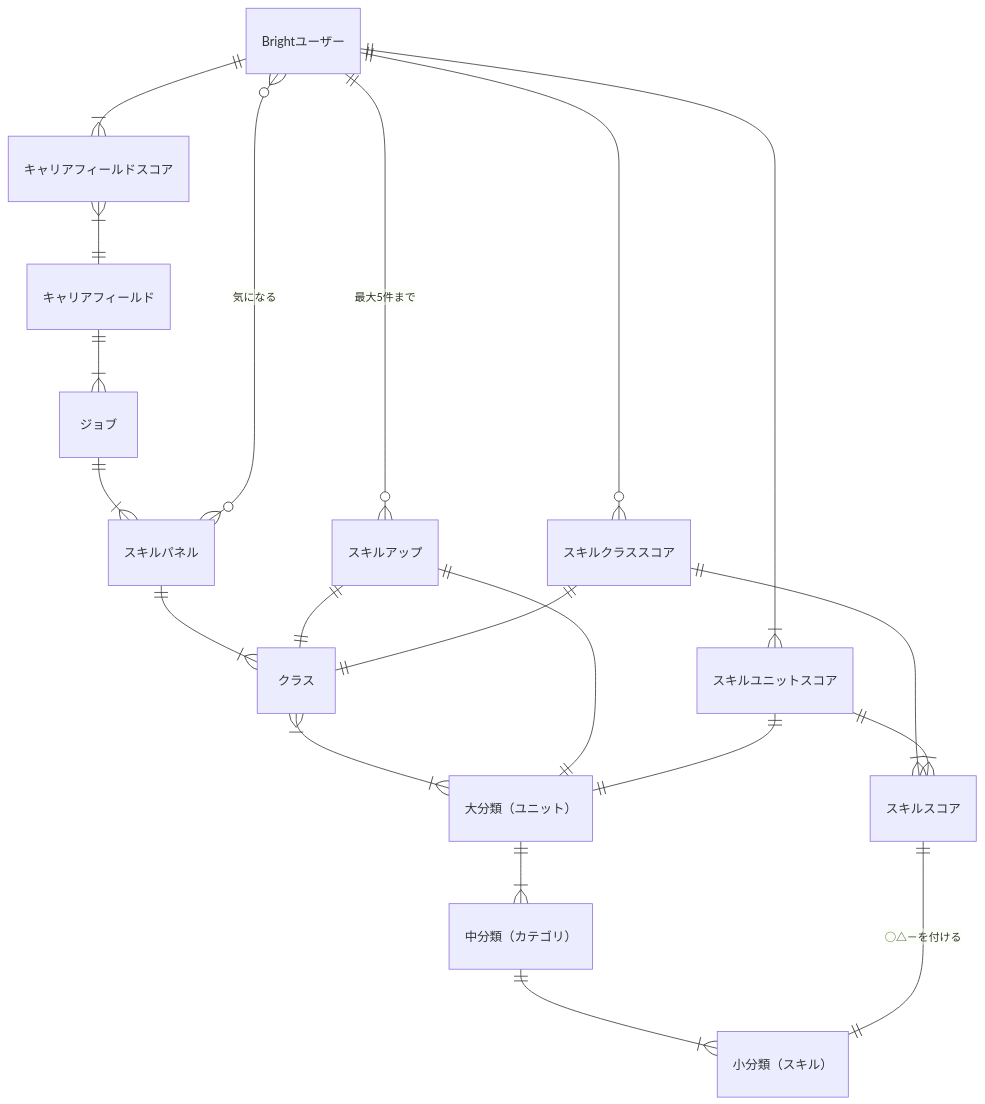
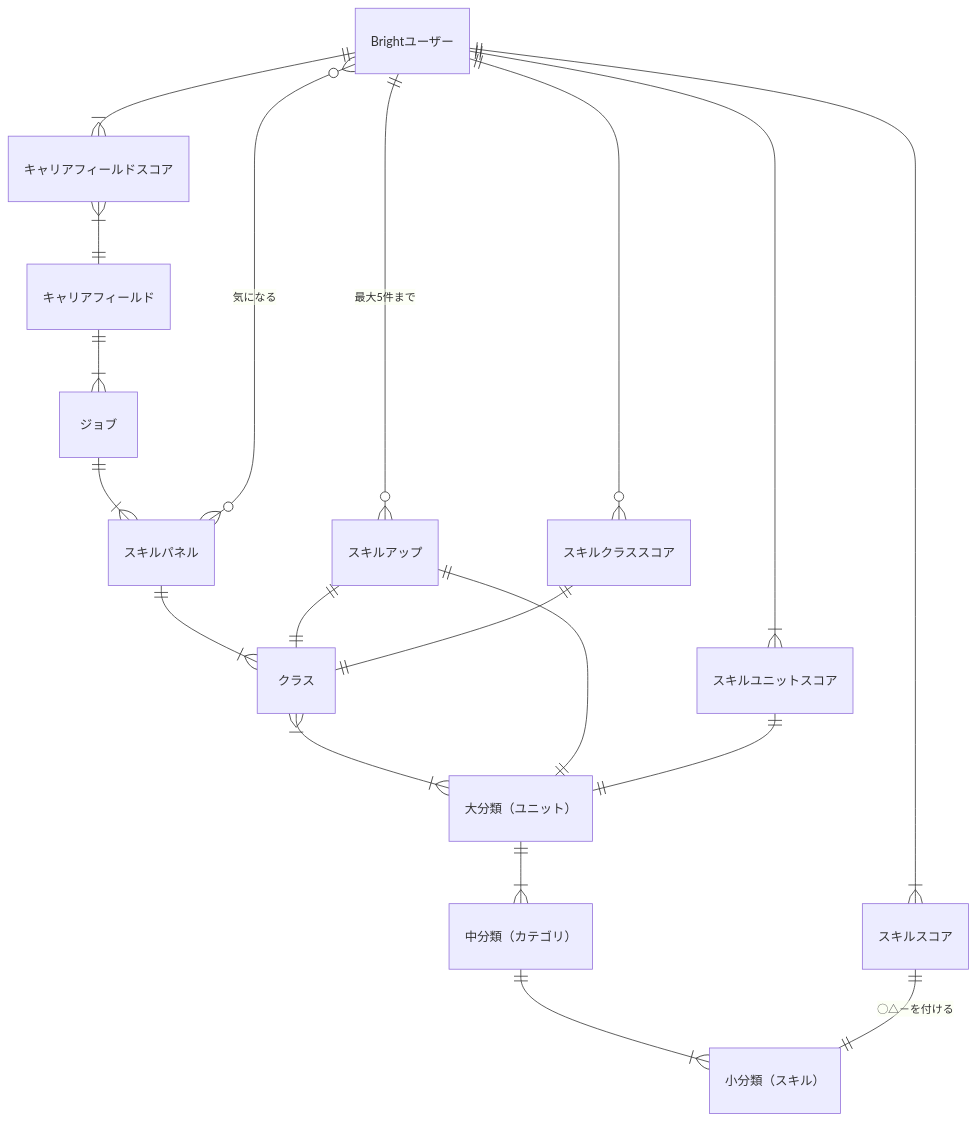
The first of 2 diagrams in docs/conceptual_schemas/skills.md (bright-org/bright), drawn with Mermaid before and after one commit. The commit also changed other lines of this file and 11 other files, not shown here.

````diff
--- a/docs/conceptual_schemas/skills.md
+++ b/docs/conceptual_schemas/skills.md
@@ -19,22 +19,21 @@
 ```mermaid
 erDiagram
   "キャリアフィールド" ||--|{ "ジョブ" : ""
   "ジョブ" ||--|{ "スキルパネル" : ""
   "スキルパネル" ||--|{ "クラス" : ""
   "クラス" }|--|{ "大分類（ユニット）" : ""
   "大分類（ユニット）" ||--|{ "中分類（カテゴリ）" : ""
   "中分類（カテゴリ）" ||--|{ "小分類（スキル）" : ""
   "Brightユーザー" }o--o{ "スキルパネル" : "気になる"
   "Brightユーザー" ||--o{ "スキルアップ" : "最大5件まで"
   "Brightユーザー" ||--o{ "スキルクラススコア" : ""
   "Brightユーザー" ||--|{ "キャリアフィールドスコア" : ""
   "Brightユーザー" ||--|{ "スキルユニットスコア" : ""
+  "Brightユーザー" ||--|{ "スキルスコア" : ""
   "キャリアフィールドスコア" }|--|| "キャリアフィールド" : ""
   "スキルアップ" ||--|| "クラス" : ""
   "スキルアップ" ||--|| "大分類（ユニット）" : ""
   "スキルクラススコア" ||--|| "クラス" : ""
-  "スキルクラススコア" ||--|{ "スキルスコア" : ""
   "スキルスコア" ||--||  "小分類（スキル）" : "◯△－を付ける"
   "スキルユニットスコア" ||--|| "大分類（ユニット）" : ""
-  "スキルユニットスコア" ||--|{ "スキルスコア" : ""
 ```
````
